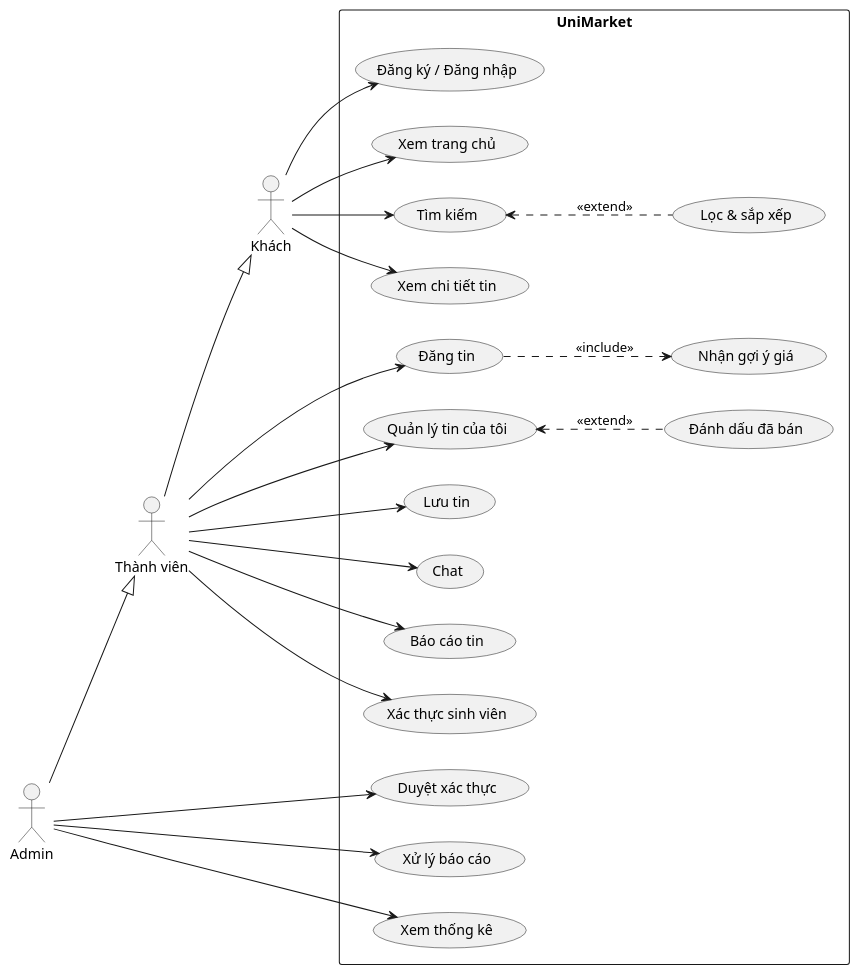
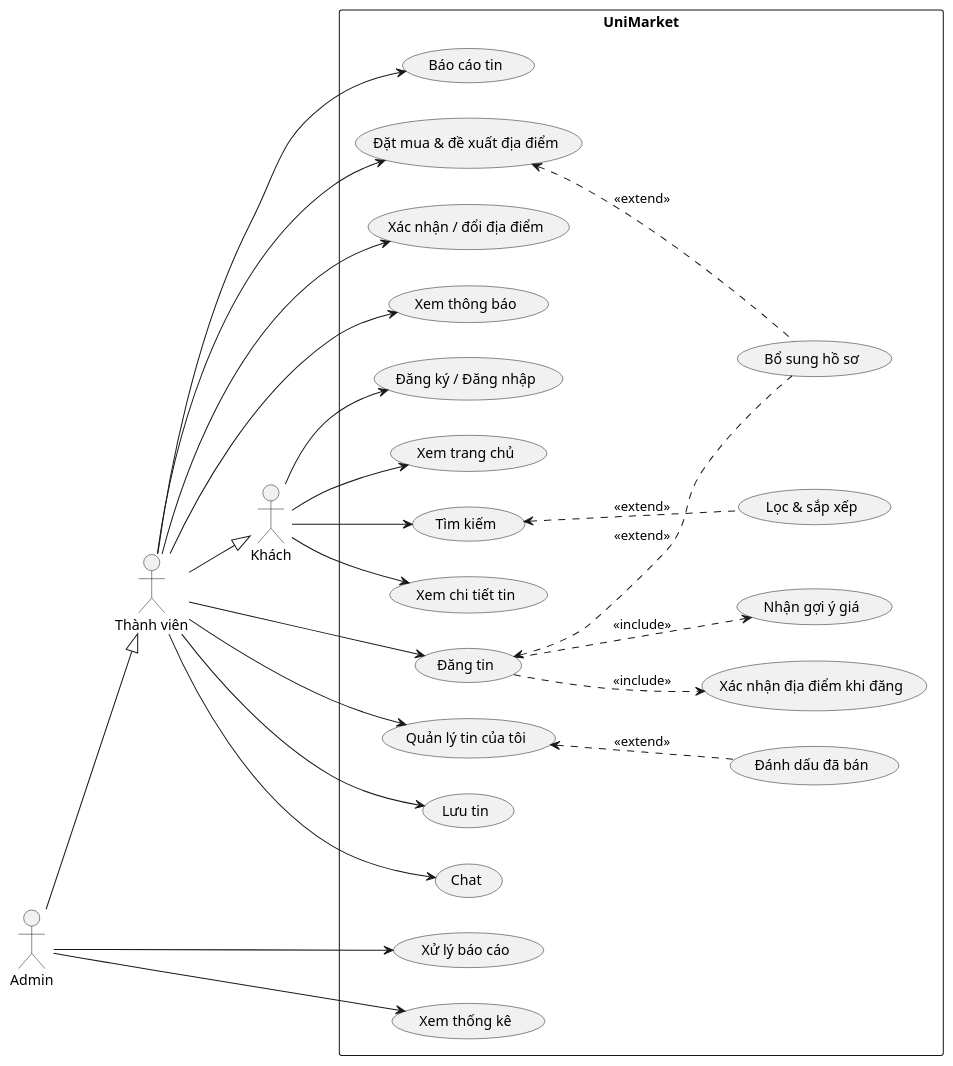
Before and after one commit to Vanh2003-FL/API: the first of 3 diagrams in docs/03-dac-ta-yeu-cau.md, drawn with PlantUML. The commit also changed other lines of this file and 8 other files, not shown here.

````diff
--- a/docs/03-dac-ta-yeu-cau.md
+++ b/docs/03-dac-ta-yeu-cau.md
@@ -61,46 +70,53 @@
 ```plantuml
 @startuml
 left to right direction
 actor "Khách" as Guest
 actor "Thành viên" as Member
 actor "Admin" as Admin
 Member --|> Guest
 Admin --|> Member
 
 rectangle UniMarket {
   usecase "Đăng ký / Đăng nhập" as UC01
   usecase "Xem trang chủ" as UC20
   usecase "Tìm kiếm" as UC21
   usecase "Lọc & sắp xếp" as UC22
   usecase "Xem chi tiết tin" as UC24
   usecase "Đăng tin" as UC10
   usecase "Nhận gợi ý giá" as UC11
   usecase "Quản lý tin của tôi" as UC16
   usecase "Đánh dấu đã bán" as UC14
   usecase "Lưu tin" as UC26
   usecase "Chat" as UC31
   usecase "Báo cáo tin" as UC40
-  usecase "Xác thực sinh viên" as UC05
-  usecase "Duyệt xác thực" as UC50
+  usecase "Bổ sung hồ sơ" as UC05
+  usecase "Xác nhận địa điểm khi đăng" as UC19
+  usecase "Đặt mua & đề xuất địa điểm" as UC34
+  usecase "Xác nhận / đổi địa điểm" as UC35
+  usecase "Xem thông báo" as UC37
   usecase "Xử lý báo cáo" as UC51
   usecase "Xem thống kê" as UC54
 }
 
 Guest --> UC01
 Guest --> UC20
 Guest --> UC21
 Guest --> UC24
 UC21 <.. UC22 : <<extend>>
 Member --> UC10
 UC10 ..> UC11 : <<include>>
+UC10 ..> UC19 : <<include>>
+UC10 <.. UC05 : <<extend>>
 Member --> UC16
 UC16 <.. UC14 : <<extend>>
 Member --> UC26
 Member --> UC31
+Member --> UC34
+UC34 <.. UC05 : <<extend>>
+Member --> UC35
+Member --> UC37
 Member --> UC40
-Member --> UC05
-Admin --> UC50
 Admin --> UC51
 Admin --> UC54
 @enduml
 ```
````
